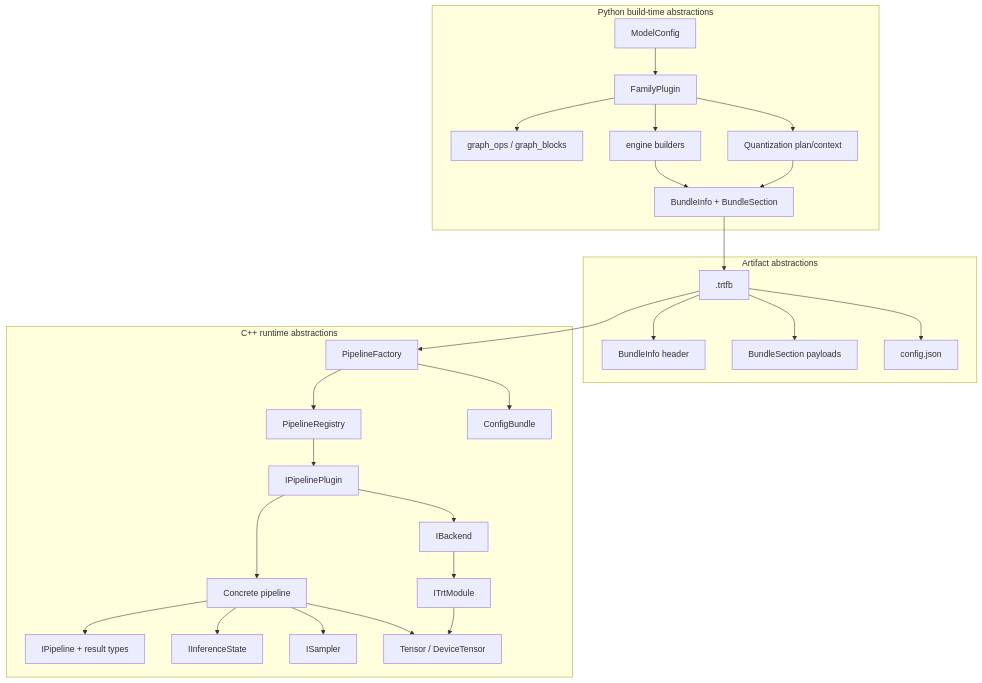
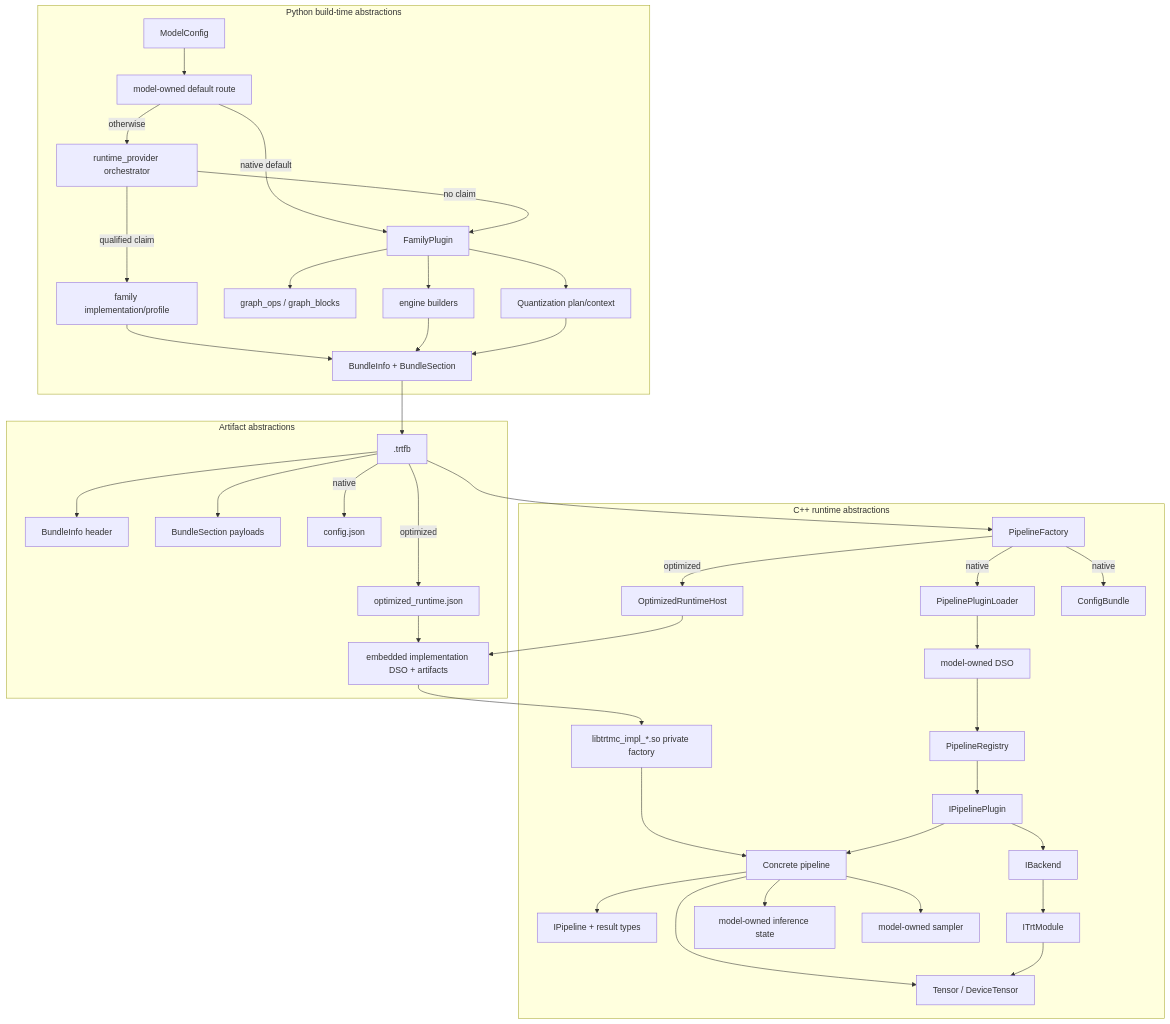
Before and after one commit to AbishekCoder1/TensorRT-Model-Connect: the second of 4 diagrams in website/docs/unit-design/building-blocks.md, drawn with Mermaid. The commit also changed other lines of this file and 83 other files, not shown here.

````diff
--- a/website/docs/unit-design/building-blocks.md
+++ b/website/docs/unit-design/building-blocks.md
@@ -43,55 +57,77 @@
 ```mermaid
 flowchart TB
   subgraph Python["Python build-time abstractions"]
     ModelConfig["ModelConfig"]
+    NativeDefault["model-owned default route"]
+    ProviderRoute["runtime_provider orchestrator"]
+    ProviderAdapter["family implementation/profile"]
     FamilyPlugin["FamilyPlugin"]
     GraphOps["graph_ops / graph_blocks"]
     EngineBuilder["engine builders"]
     Quant["Quantization plan/context"]
     BundleWriter["BundleInfo + BundleSection"]
   end
 
   subgraph Artifact["Artifact abstractions"]
     Trtfb[".trtfb"]
     Header["BundleInfo header"]
     Section["BundleSection payloads"]
     ConfigJson["config.json"]
+    OptimizedDescriptor["optimized_runtime.json"]
+    EmbeddedArtifacts["embedded implementation DSO + artifacts"]
   end
 
   subgraph Cpp["C++ runtime abstractions"]
     API["IPipeline + result types"]
     Factory["PipelineFactory"]
+    OptimizedHost["OptimizedRuntimeHost"]
+    ImplDSO["libtrtmc_impl_*.so private factory"]
+    Loader["PipelinePluginLoader"]
+    ModelDSO["model-owned DSO"]
     Registry["PipelineRegistry"]
     Plugin["IPipelinePlugin"]
     Backend["IBackend"]
     Module["ITrtModule"]
     Pipeline["Concrete pipeline"]
-    State["IInferenceState"]
-    Sampler["ISampler"]
+    State["model-owned inference state"]
+    Sampler["model-owned sampler"]
     Tensor["Tensor / DeviceTensor"]
     ConfigBundle["ConfigBundle"]
   end
 
-  ModelConfig --> FamilyPlugin
+  ModelConfig --> NativeDefault
+  NativeDefault -->|native default| FamilyPlugin
+  NativeDefault -->|otherwise| ProviderRoute
+  ProviderRoute -->|qualified claim| ProviderAdapter
+  ProviderAdapter --> BundleWriter
+  ProviderRoute -->|no claim| FamilyPlugin
   FamilyPlugin --> GraphOps
   FamilyPlugin --> EngineBuilder
   FamilyPlugin --> Quant
   EngineBuilder --> BundleWriter
   Quant --> BundleWriter
   BundleWriter --> Trtfb
   Trtfb --> Header
   Trtfb --> Section
-  Trtfb --> ConfigJson
+  Trtfb -->|native| ConfigJson
+  Trtfb -->|optimized| OptimizedDescriptor
+  OptimizedDescriptor --> EmbeddedArtifacts
   Trtfb --> Factory
-  Factory --> Registry
-  Factory --> ConfigBundle
+  Factory -->|optimized| OptimizedHost
+  OptimizedHost --> EmbeddedArtifacts
+  EmbeddedArtifacts --> ImplDSO
+  ImplDSO --> Pipeline
+  Factory -->|native| ConfigBundle
+  Factory -->|native| Loader
+  Loader --> ModelDSO
+  ModelDSO --> Registry
   Registry --> Plugin
   Plugin --> Backend
   Backend --> Module
   Plugin --> Pipeline
   Pipeline --> API
   Pipeline --> State
   Pipeline --> Sampler
   Pipeline --> Tensor
   Module --> Tensor
 ```
````
